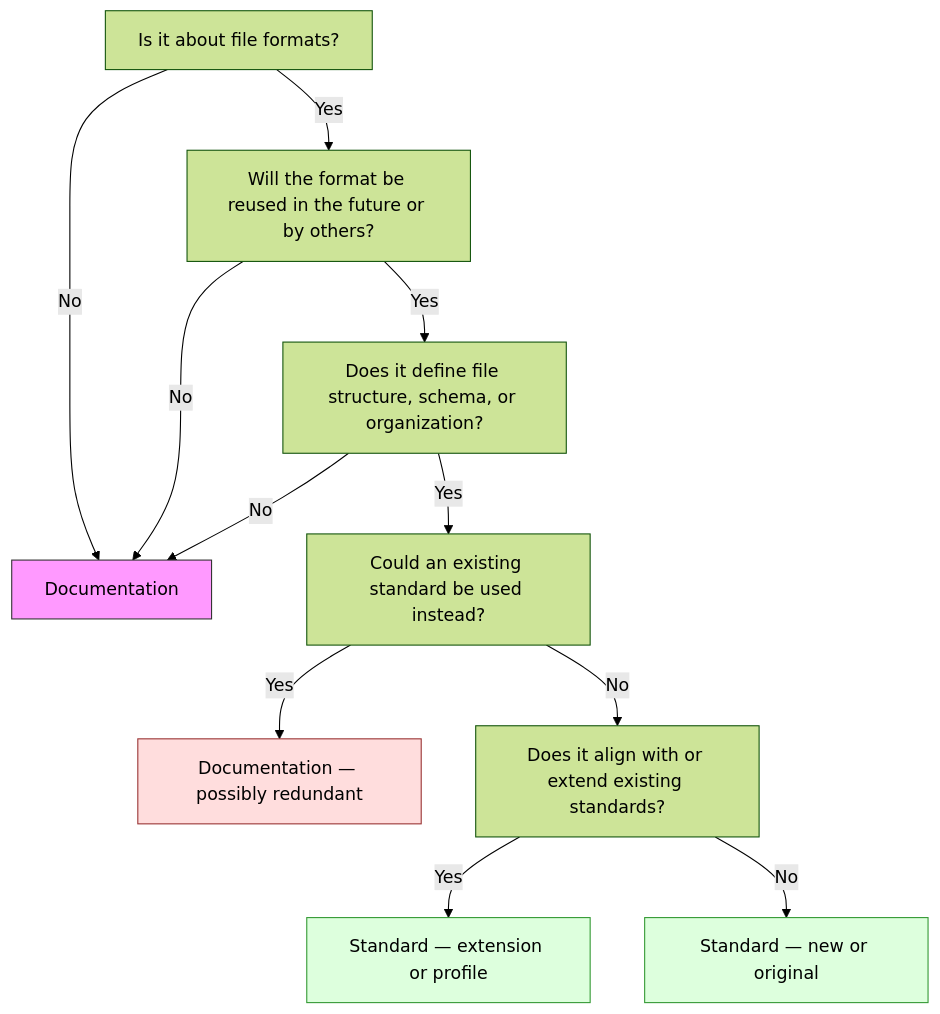
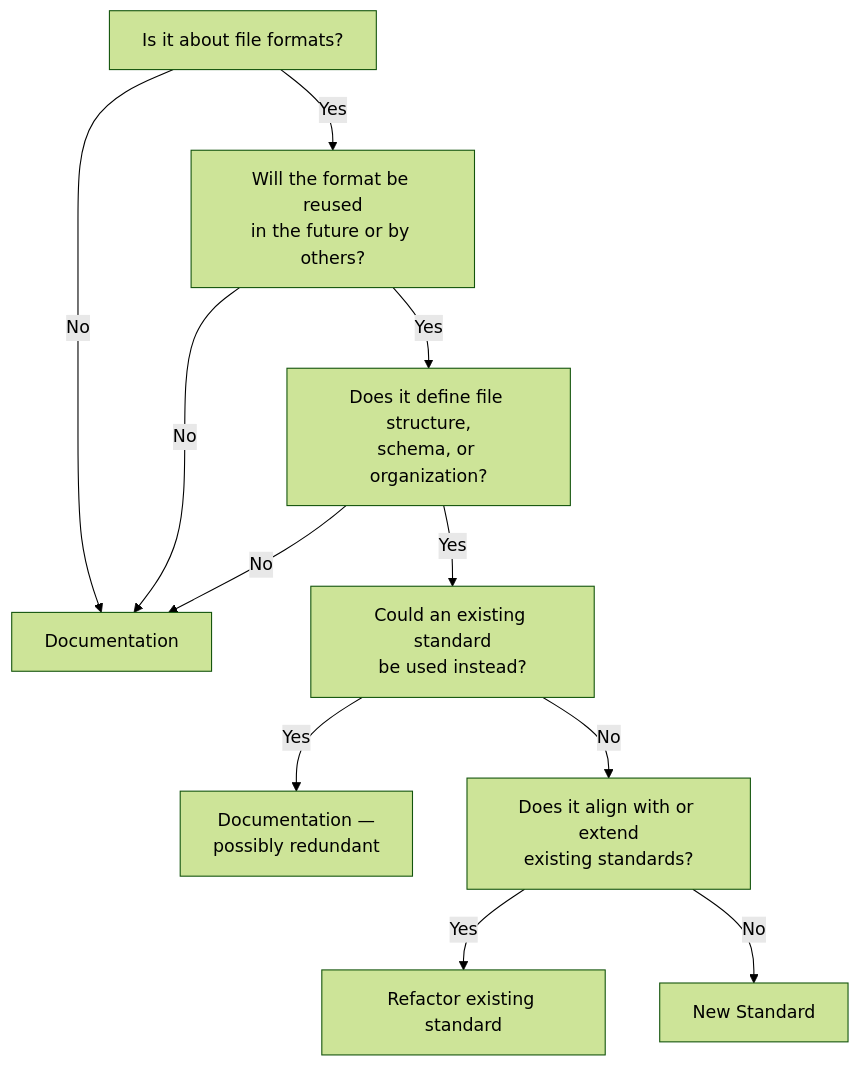
Before and after one commit to AllenNeuralDynamics/aind-file-standards: the diagram in docs/core/contributing.md, drawn with Mermaid (forest theme).

Commit message:
Target a lower version of mermaid syntax

````diff
--- a/docs/core/contributing.md
+++ b/docs/core/contributing.md
@@ -95,21 +95,13 @@
 ```mermaid
 flowchart TD
     A["Is it about file formats?"] -- No --> B["Documentation"]
-    A -- Yes --> C["Will the format be reused in the future or by others?"]
+    A -- Yes --> C["Will the format be reused<br/>in the future or by others?"]
     C -- No --> B
-    C -- Yes --> D["Does it define file structure, schema, or organization?"]
+    C -- Yes --> D["Does it define file structure,<br/>schema, or organization?"]
     D -- No --> B
-    F["Could an existing standard be used instead?"] -- Yes --> G["Documentation — possibly redundant"]
-    F -- No --> H["Does it align with or extend existing standards?"]
-    H -- Yes --> I["Standard — extension or profile"]
-    H -- No --> J["Standard — new or original"]
+    F["Could an existing standard<br/>be used instead?"] -- Yes --> G["Documentation —<br/>possibly redundant"]
+    F -- No --> H["Does it align with or extend<br/>existing standards?"]
+    H -- Yes --> I["Refactor existing standard"]
+    H -- No --> J["New Standard"]
     D -- Yes --> F
-
-    %% Styles
-    classDef Pine stroke-width:1px, stroke-dasharray:none, stroke:#254336, fill:#27654A, color:#FFFFFF
-    classDef Ash stroke-width:1px, stroke-dasharray:none, stroke:#999999, fill:#EEEEEE, color:#000000
-    style B fill:#f9f,stroke:#333,stroke-width:1px
-    style G fill:#fdd,stroke:#933,stroke-width:1px
-    style I fill:#dfd,stroke:#393,stroke-width:1px
-    style J fill:#dfd,stroke:#393,stroke-width:1px
 ```
````
